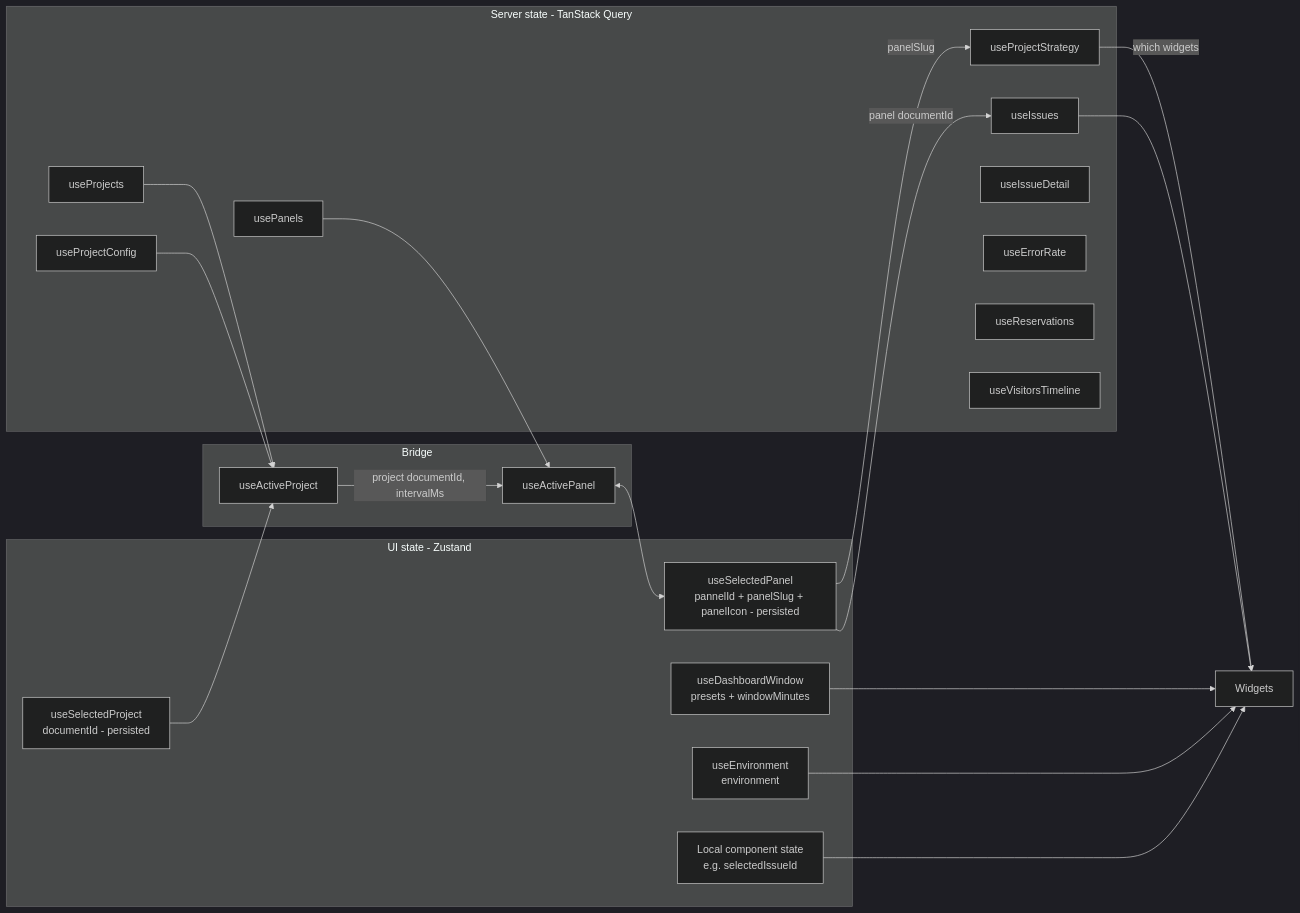
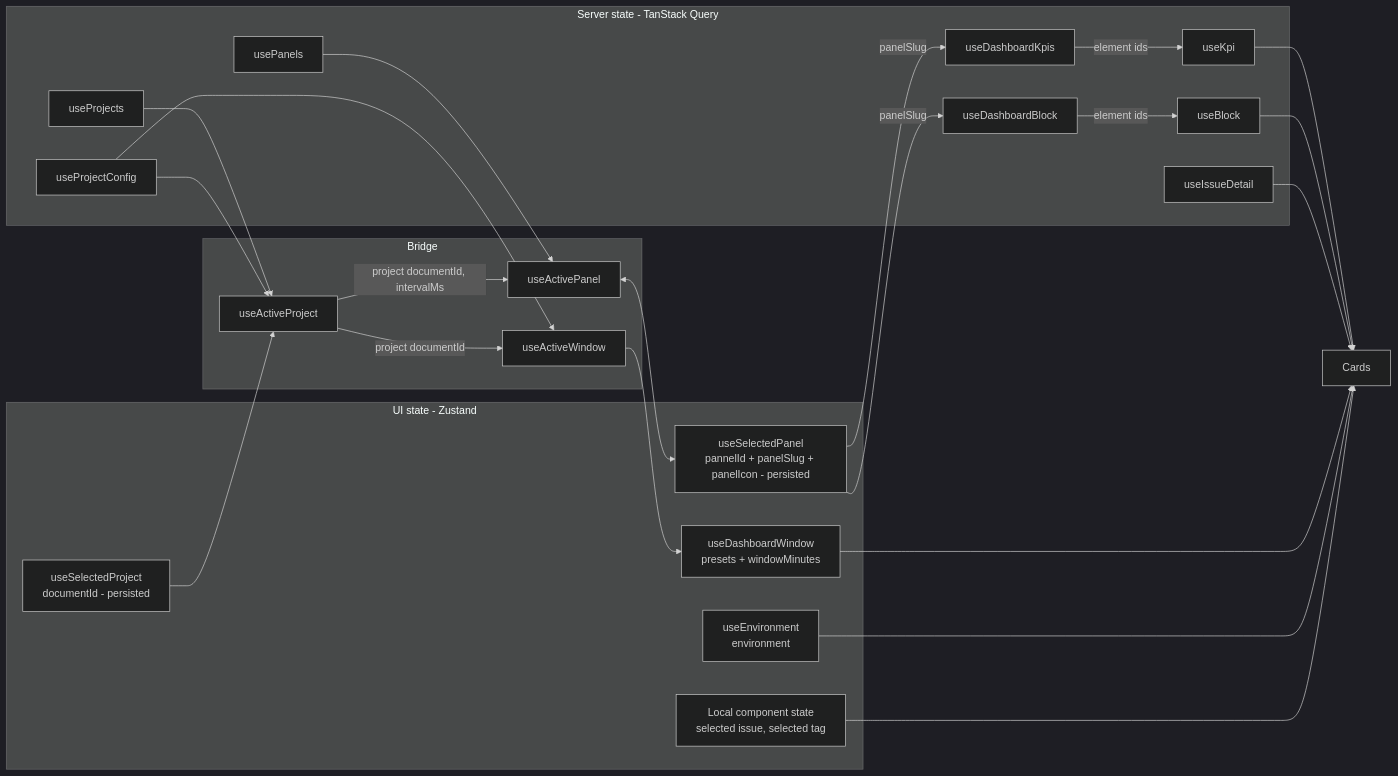
The first of 2 diagrams in apps/docs-site/docs/state-management.md (webteamuxco/dashboard-monitor), drawn with Mermaid (dark theme) before and after one commit. The commit also changed other lines of this file and 10 other files, not shown here.

````diff
--- a/apps/docs-site/docs/state-management.md
+++ b/apps/docs-site/docs/state-management.md
@@ -15,38 +15,44 @@
 ```mermaid
 flowchart LR
     subgraph Server[Server state - TanStack Query]
         Projects[useProjects]
         Config[useProjectConfig]
         PanelsQ[usePanels]
-        Strat[useProjectStrategy]
-        Issues[useIssues]
+        KpiList[useDashboardKpis]
+        BlkList[useDashboardBlock]
+        Kpi[useKpi]
+        Blk[useBlock]
         Detail[useIssueDetail]
-        Rate[useErrorRate]
-        Resa[useReservations]
-        Vis[useVisitorsTimeline]
     end
     subgraph UI[UI state - Zustand]
         Sel[useSelectedProject<br/>documentId - persisted]
         SelP[useSelectedPanel<br/>pannelId + panelSlug + panelIcon - persisted]
         Win[useDashboardWindow<br/>presets + windowMinutes]
         Env[useEnvironment<br/>environment]
-        Local[Local component state<br/>e.g. selectedIssueId]
+        Local[Local component state<br/>selected issue, selected tag]
     end
     subgraph Bridge[Bridge]
         Active[useActiveProject]
+        ActiveW[useActiveWindow]
         ActiveP[useActivePanel]
     end
     Sel --> Active
     Projects --> Active
     Config --> Active
+    Active -->|project documentId| ActiveW
+    Config --> ActiveW
+    ActiveW --> Win
     Active -->|project documentId, intervalMs| ActiveP
     PanelsQ --> ActiveP
     ActiveP <--> SelP
-    SelP -->|panelSlug| Strat
-    Strat -->|which widgets| Widgets[Widgets]
-    SelP -->|panel documentId| Issues
-    Issues --> Widgets
-    Win --> Widgets
-    Env --> Widgets
-    Local --> Widgets
+    SelP -->|panelSlug| KpiList
+    SelP -->|panelSlug| BlkList
+    KpiList -->|element ids| Kpi
+    BlkList -->|element ids| Blk
+    Kpi --> Cards[Cards]
+    Blk --> Cards
+    Detail --> Cards
+    Win --> Cards
+    Env --> Cards
+    Local --> Cards
 ```
````
